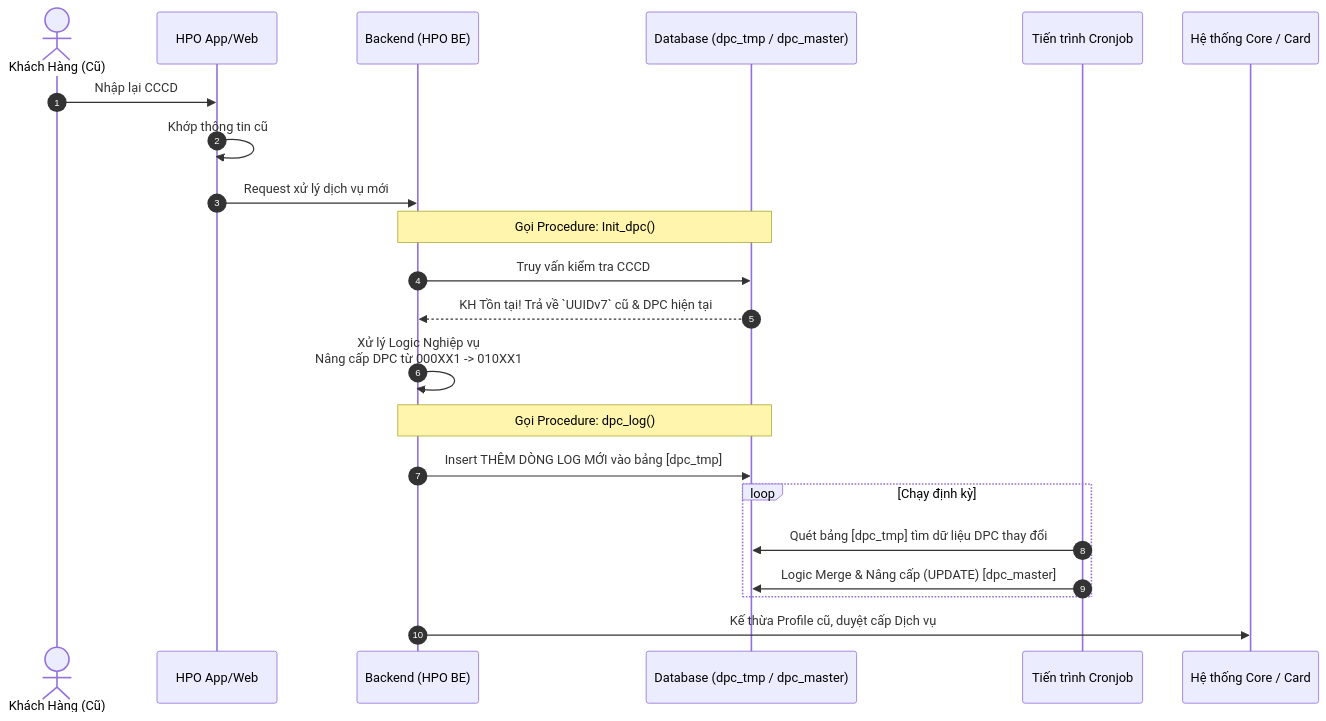
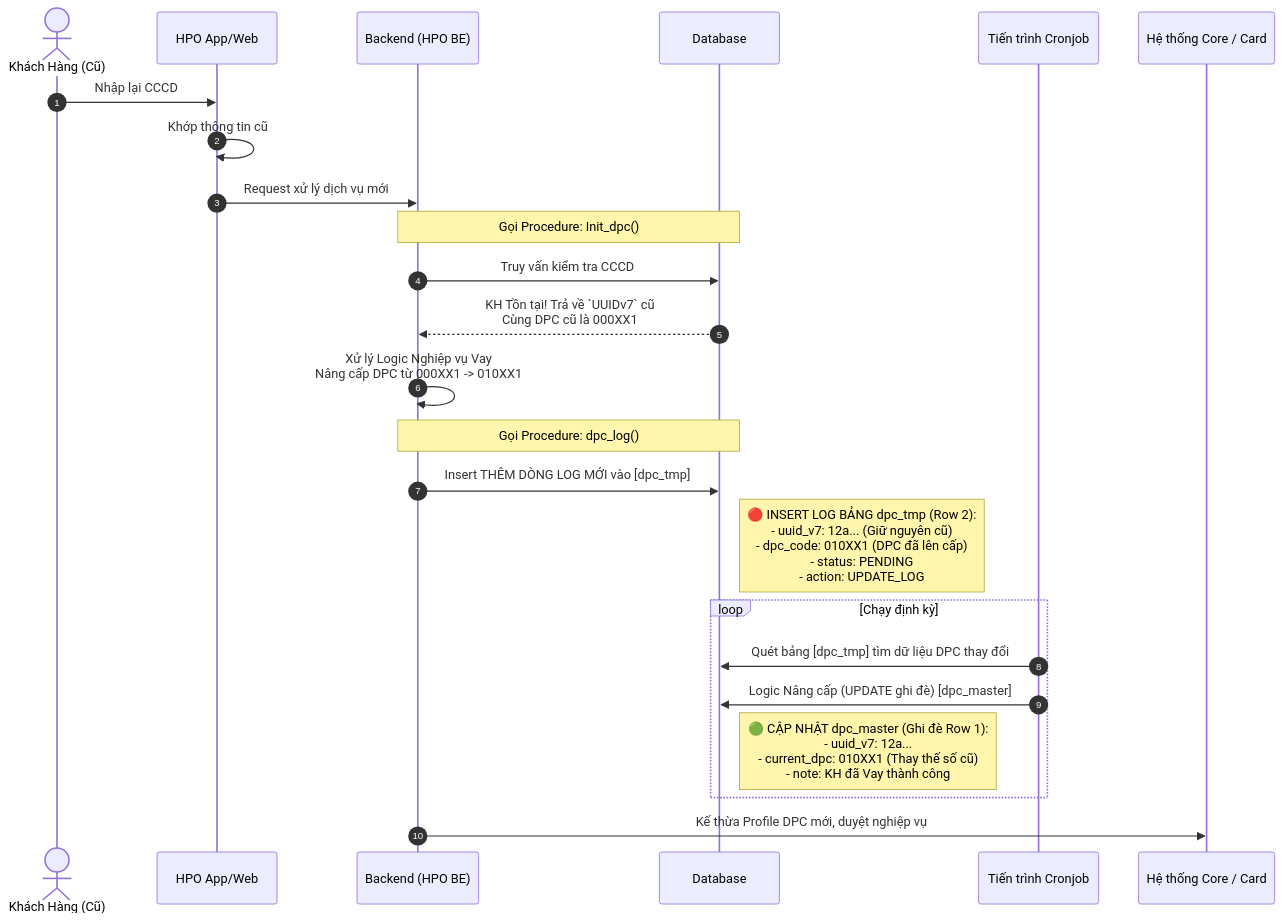
Before and after one commit to quangha9797/hdss-docs: the second of 2 diagrams in dpc/07_Sequence_Diagram_Data_DPC.md, drawn with Mermaid. The commit also changed other lines of this file, not shown here.

````diff
--- a/dpc/07_Sequence_Diagram_Data_DPC.md
+++ b/dpc/07_Sequence_Diagram_Data_DPC.md
@@ -70,30 +59,32 @@
 ```mermaid
 sequenceDiagram
     autonumber
     actor KH as Khách Hàng (Cũ)
     participant APP as HPO App/Web
     participant BE as Backend (HPO BE)
-    participant DB as Database (dpc_tmp / dpc_master)
+    participant DB as Database
     participant CRON as Tiến trình Cronjob
     participant CORE as Hệ thống Core / Card
     
     KH->>APP: Nhập lại CCCD
     APP->>APP: Khớp thông tin cũ
     APP->>BE: Request xử lý dịch vụ mới
     
     note over BE, DB: Gọi Procedure: Init_dpc()
     BE->>DB: Truy vấn kiểm tra CCCD
-    DB-->>BE: KH Tồn tại! Trả về `UUIDv7` cũ & DPC hiện tại
+    DB-->>BE: KH Tồn tại! Trả về `UUIDv7` cũ<br/>Cùng DPC cũ là 000XX1
     
-    BE->>BE: Xử lý Logic Nghiệp vụ<br/>Nâng cấp DPC từ 000XX1 -> 010XX1
+    BE->>BE: Xử lý Logic Nghiệp vụ Vay<br/>Nâng cấp DPC từ 000XX1 -> 010XX1
     
     note over BE, DB: Gọi Procedure: dpc_log()
-    BE->>DB: Insert THÊM DÒNG LOG MỚI vào bảng [dpc_tmp]
+    BE->>DB: Insert THÊM DÒNG LOG MỚI vào [dpc_tmp]
+    note right of DB: 🔴 INSERT LOG BẢNG dpc_tmp (Row 2):<br/>- uuid_v7: 12a... (Giữ nguyên cũ)<br/>- dpc_code: 010XX1 (DPC đã lên cấp)<br/>- status: PENDING<br/>- action: UPDATE_LOG
     
     loop Chạy định kỳ
         CRON->>DB: Quét bảng [dpc_tmp] tìm dữ liệu DPC thay đổi
-        CRON->>DB: Logic Merge & Nâng cấp (UPDATE) [dpc_master]
+        CRON->>DB: Logic Nâng cấp (UPDATE ghi đè) [dpc_master]
+        note right of DB: 🟢 CẬP NHẬT dpc_master (Ghi đè Row 1):<br/>- uuid_v7: 12a...<br/>- current_dpc: 010XX1 (Thay thế số cũ)<br/>- note: KH đã Vay thành công
     end
     
-    BE->>CORE: Kế thừa Profile cũ, duyệt cấp Dịch vụ
+    BE->>CORE: Kế thừa Profile DPC mới, duyệt nghiệp vụ
 ```
````
